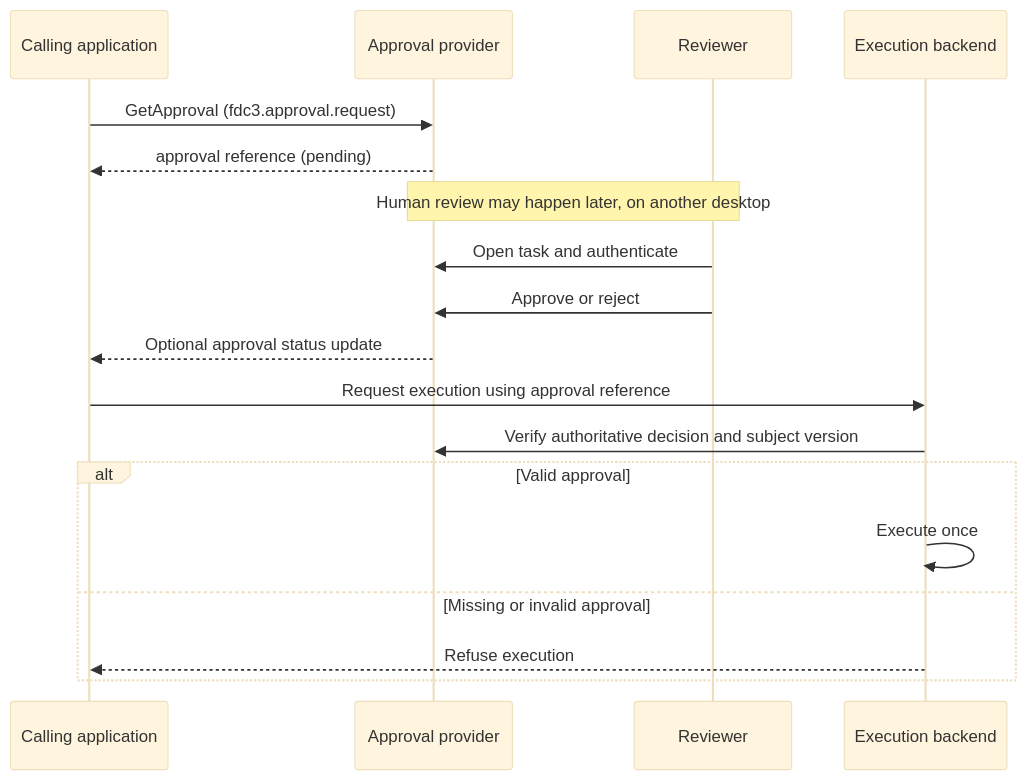
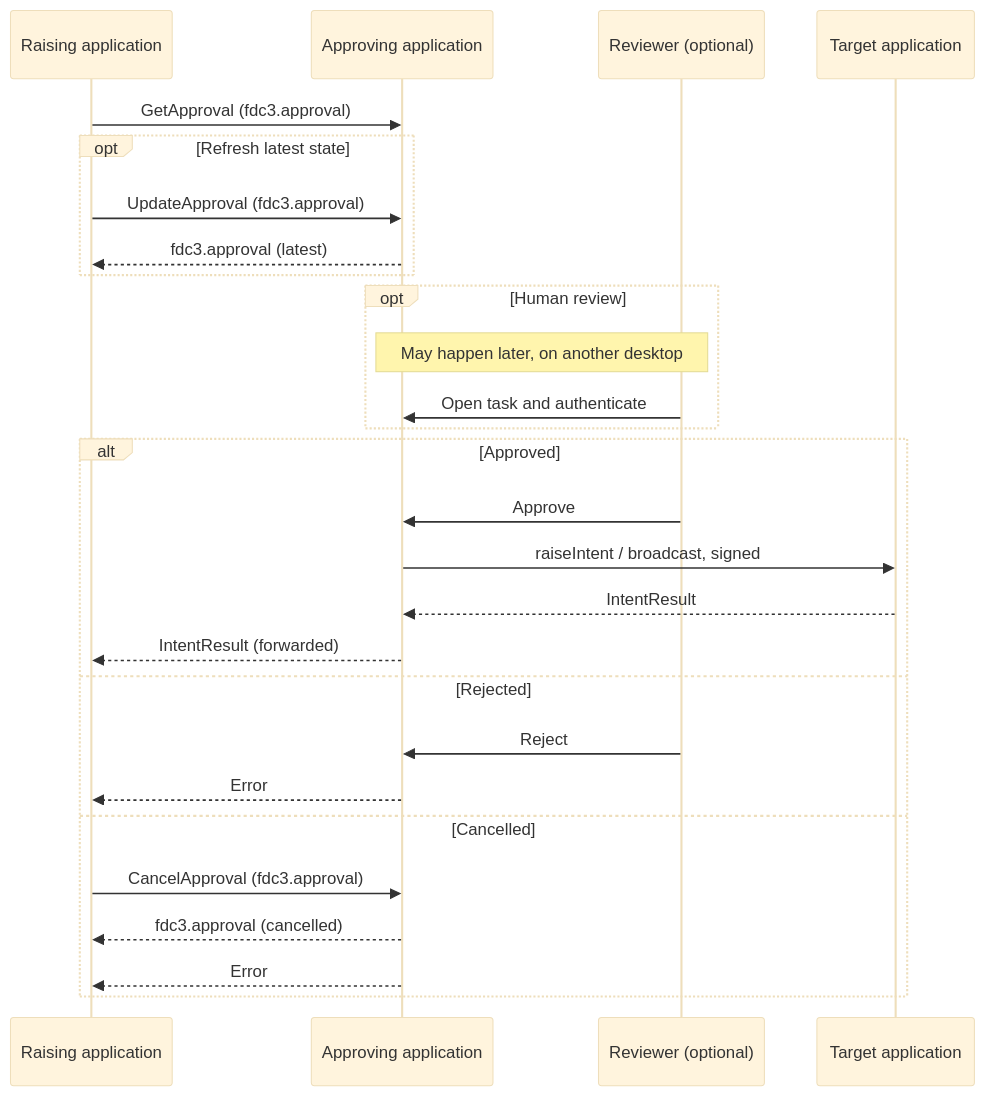
The second of 2 diagrams in examples/aipa/fdc3-extensions/fdc3.approval/README.md (risk-first/ten-factor-governance), drawn with Mermaid (base theme) before and after one commit. The commit also changed other lines of this file and 5 other files, not shown here.

Commit message:
fdc3.approval draft

````diff
--- a/examples/aipa/fdc3-extensions/fdc3.approval/README.md
+++ b/examples/aipa/fdc3-extensions/fdc3.approval/README.md
@@ -9,20 +31,29 @@
 ```mermaid
 sequenceDiagram
-  participant C as Calling application
-  participant P as Approval provider
-  participant R as Reviewer
-  participant B as Execution backend
-  C->>P: GetApproval (fdc3.approval.request)
-  P-->>C: approval reference (pending)
-  Note over P,R: Human review may happen later, on another desktop
-  R->>P: Open task and authenticate
-  R->>P: Approve or reject
-  P-->>C: Optional approval status update
-  C->>B: Request execution using approval reference
-  B->>P: Verify authoritative decision and subject version
-  alt Valid approval
-    B->>B: Execute once
-  else Missing or invalid approval
-    B-->>C: Refuse execution
+  participant Raise as Raising application
+  participant Approve as Approving application
+  participant Review as Reviewer (optional)
+  participant Target as Target application
+  Raise->>Approve: GetApproval (fdc3.approval)
+  opt Refresh latest state
+    Raise->>Approve: UpdateApproval (fdc3.approval)
+    Approve-->>Raise: fdc3.approval (latest)
+  end
+  opt Human review
+    Note over Approve,Review: May happen later, on another desktop
+    Review->>Approve: Open task and authenticate
+  end
+  alt Approved
+    Review->>Approve: Approve
+    Approve->>Target: raiseIntent / broadcast, signed
+    Target-->>Approve: IntentResult
+    Approve-->>Raise: IntentResult (forwarded)
+  else Rejected
+    Review->>Approve: Reject
+    Approve-->>Raise: Error
+  else Cancelled
+    Raise->>Approve: CancelApproval (fdc3.approval)
+    Approve-->>Raise: fdc3.approval (cancelled)
+    Approve-->>Raise: Error
   end
 ```
````
